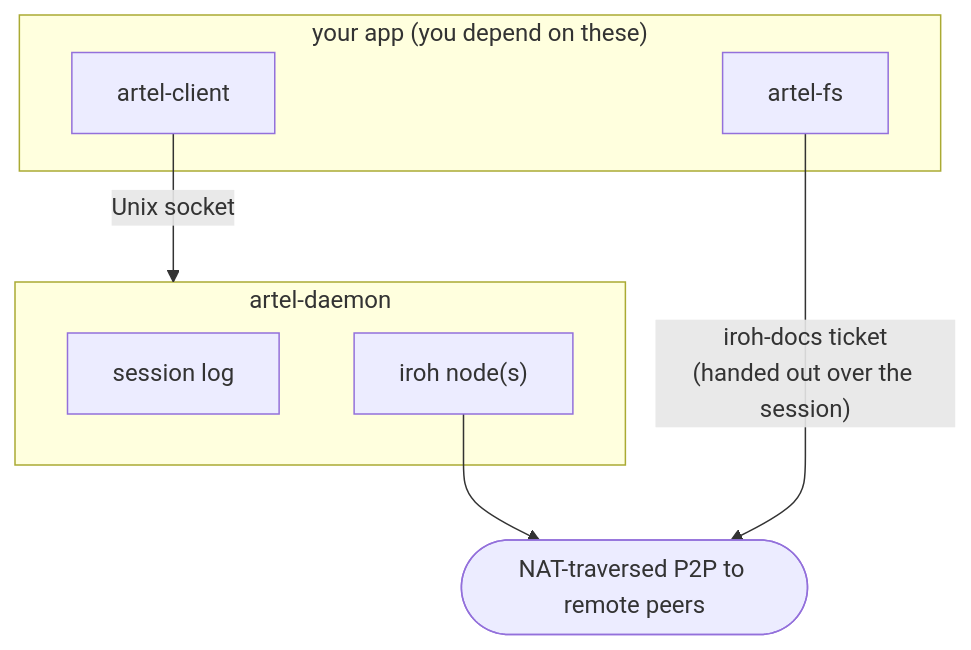
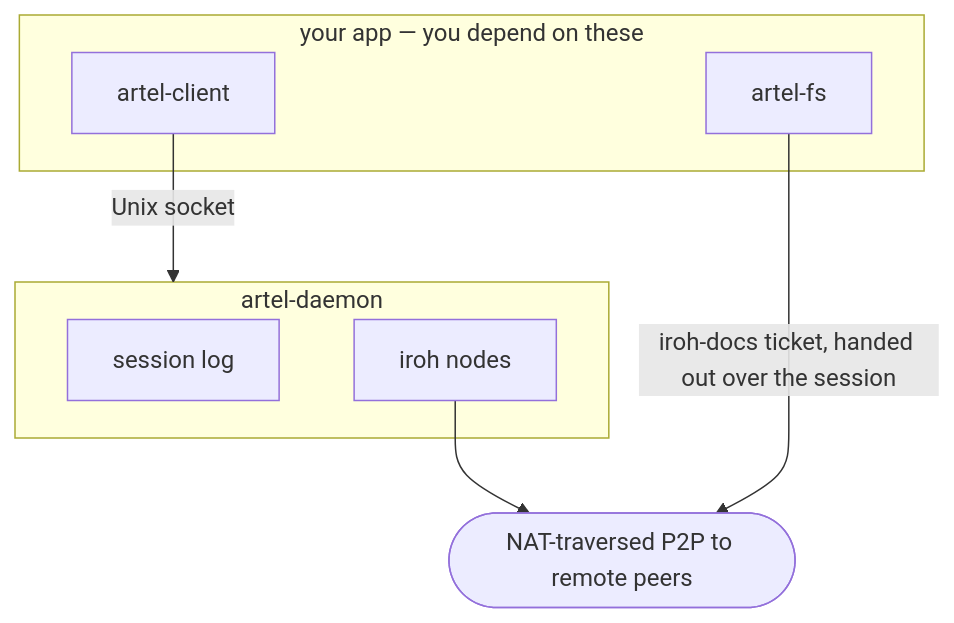
The diagram in README.md (svozza/artel), drawn with Mermaid before and after one commit.

Commit message:
docs: simplify Mermaid labels so GitHub's renderer accepts the diagram
GitHub renders Mermaid through its own (older, stricter) pipeline via
viewscreen.githubusercontent.com; the diagram compiled locally with
mermaid-cli but failed there. Remove the constructs known to trip it:
parenthesised quoted labels, a <br/> inside an edge label, and the
identifier 'node'.

````diff
--- a/README.md
+++ b/README.md
@@ -113,16 +113,16 @@
 ```mermaid
 flowchart TB
-    subgraph app["your app  (you depend on these)"]
+    subgraph app["your app — you depend on these"]
         client["artel-client"]
         fs["artel-fs"]
     end
     subgraph daemon["artel-daemon"]
         log["session log"]
-        node["iroh node(s)"]
+        iroh["iroh nodes"]
     end
     peers(["NAT-traversed P2P to remote peers"])
 
     client -- "Unix socket" --> daemon
-    node --> peers
-    fs -- "iroh-docs ticket<br/>(handed out over the session)" --> peers
+    iroh --> peers
+    fs -- "iroh-docs ticket, handed out over the session" --> peers
 ```
````
